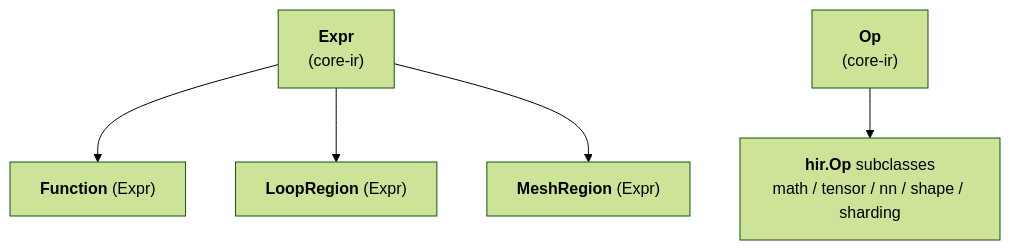
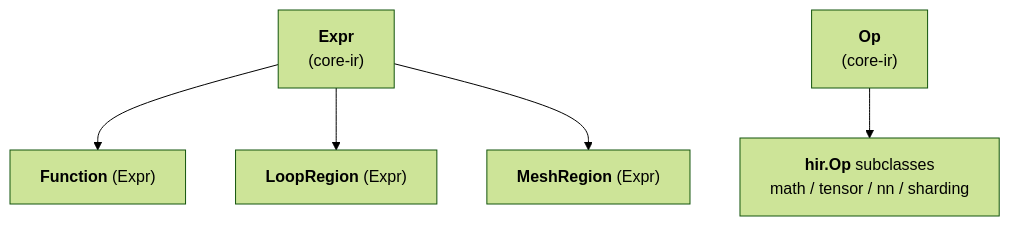
The diagram in docs/spec/hir.md (tile-ai/TileFoundry), drawn with Mermaid (forest theme) before and after one commit. The commit also changed other lines of this file and 1519 other files, not shown here.

````diff
--- a/docs/spec/hir.md
+++ b/docs/spec/hir.md
@@ -12,14 +9,14 @@
 ```mermaid
 flowchart TB
     Expr["<b>Expr</b><br/>(core-ir)"]
     Op["<b>Op</b><br/>(core-ir)"]
     Function["<b>Function</b> (Expr)"]
     LoopRegion["<b>LoopRegion</b> (Expr)"]
     MeshRegion["<b>MeshRegion</b> (Expr)"]
-    HirOpBase["<b>hir.Op</b> subclasses<br/>math / tensor / nn / shape / sharding"]
+    HirOpBase["<b>hir.Op</b> subclasses<br/>math / tensor / nn / sharding"]
 
     Expr --> Function
     Expr --> LoopRegion
     Expr --> MeshRegion
     Op --> HirOpBase
 ```
````
